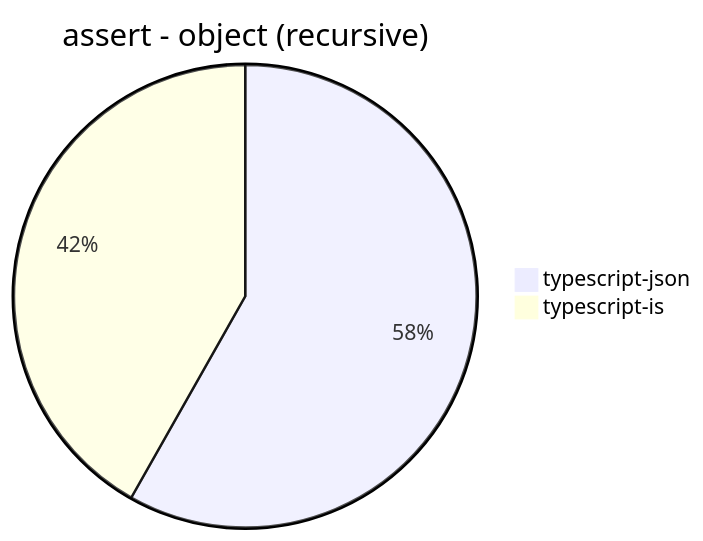
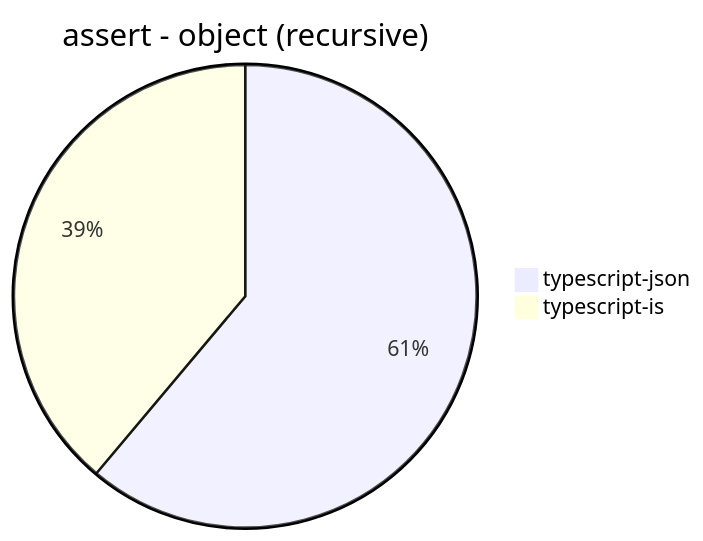
The second of 30 diagrams in benchmark/results/Apple M1 Pro.md (samchon/typia), drawn with Mermaid before and after one commit. The commit also changed other lines of this file, not shown here.

````diff
--- a/benchmark/results/Apple M1 Pro.md
+++ b/benchmark/results/Apple M1 Pro.md
@@ -24,5 +24,5 @@
 ```mermaid
 pie title assert - object (recursive)
-  "typescript-json": 30070.360110803325
-  "typescript-is": 21598.298334540188
+  "typescript-json": 33053.629469122425
+  "typescript-is": 21018.731454005934
 ```
````
